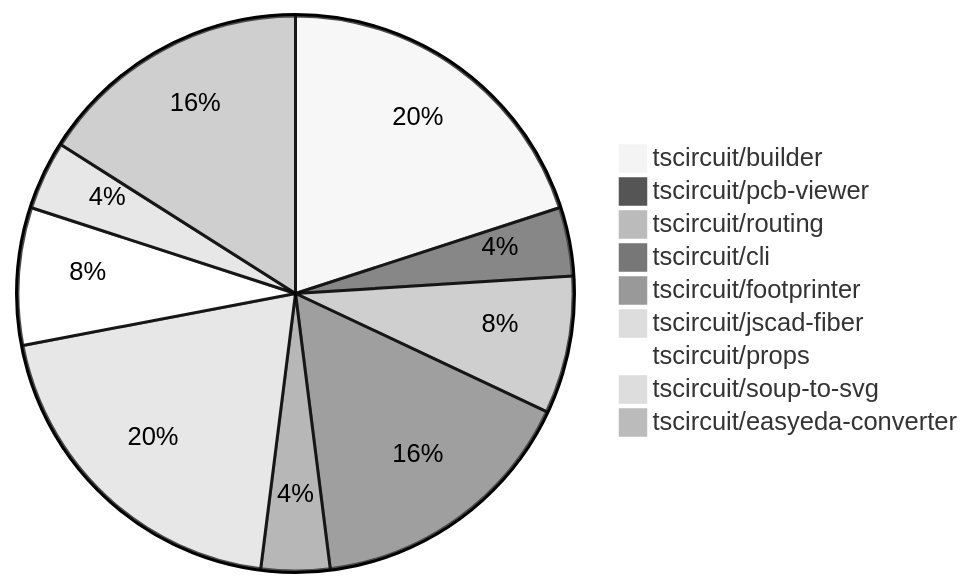
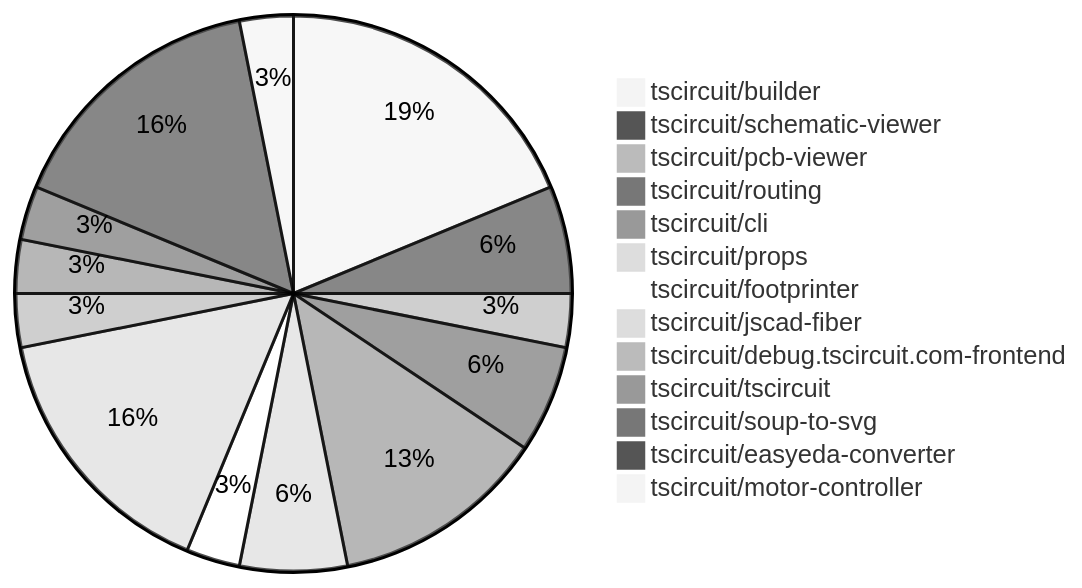
One commit to tscircuit/contribution-tracker changed the diagram in README.md. Above: the diagram before and after it, drawn with Mermaid (neutral theme). The commit also changed other lines of this file and 1 other file, not shown here.

````diff
--- a/README.md
+++ b/README.md
@@ -24,12 +24,16 @@
 ```mermaid
 pie
-    "tscircuit/builder" : 5
+    "tscircuit/builder" : 6
+    "tscircuit/schematic-viewer" : 2
     "tscircuit/pcb-viewer" : 1
     "tscircuit/routing" : 2
     "tscircuit/cli" : 4
+    "tscircuit/props" : 2
     "tscircuit/footprinter" : 1
     "tscircuit/jscad-fiber" : 5
-    "tscircuit/props" : 2
+    "tscircuit/debug.tscircuit.com-frontend" : 1
+    "tscircuit/tscircuit" : 1
     "tscircuit/soup-to-svg" : 1
-    "tscircuit/easyeda-converter" : 4
+    "tscircuit/easyeda-converter" : 5
+    "tscircuit/motor-controller" : 1
 ```
````
